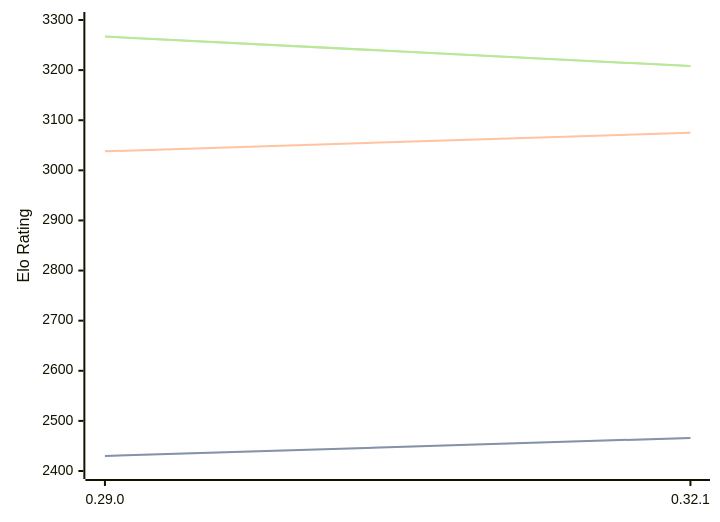
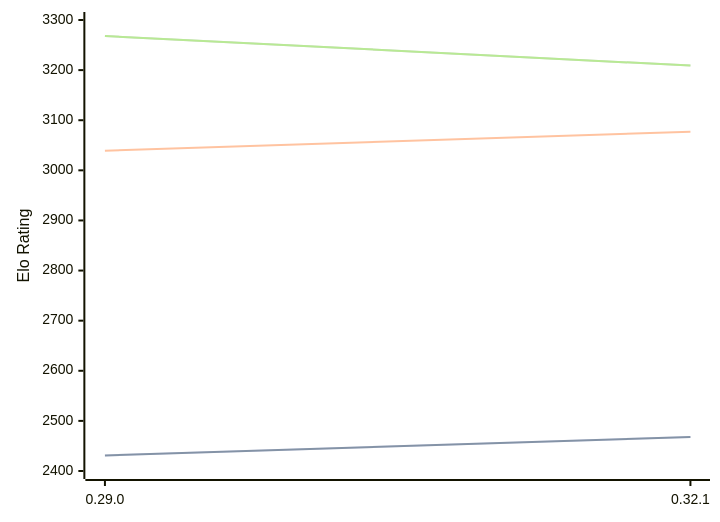
One commit to computer-chess-index/cci changed the diagram in engines/Lc0.md. Above: the diagram before and after it, drawn with Mermaid. The commit also changed other lines of this file, not shown here.

Commit message:
Update CCI Ratings (ELO VLTC) - 2026-02-21

````diff
--- a/engines/Lc0.md
+++ b/engines/Lc0.md
@@ -65,11 +65,11 @@
 ```mermaid
 %%{init: {"theme":"base","themeVariables":{"seriesColors:['#a3a3a3','#222221','#faa371']}}}%%
 xychart-beta
   x-axis ["0.29.0", "0.32.1"]
   y-axis "Elo Rating" 2400 --> 3300
-  line "STC (8.0+0.08s)" [2430, 2466]
-  line "STC (8.0+0.08s)" [2430, 2466]
-  line "LTC (60.0+0.60s)" [3038, 3075]
-  line "VLTC (2m24s+1.12s)" [3267, 3208]
-  line "VLTC (2m24s+1.12s)" [3267, 3208]
+  line "STC (8.0+0.08s)" [2431, 2468]
+  line "STC (8.0+0.08s)" [2431, 2468]
+  line "LTC (60.0+0.60s)" [3039, 3077]
+  line "VLTC (2m24s+1.12s)" [3268, 3209]
+  line "VLTC (2m24s+1.12s)" [3268, 3209]
 ```
````
